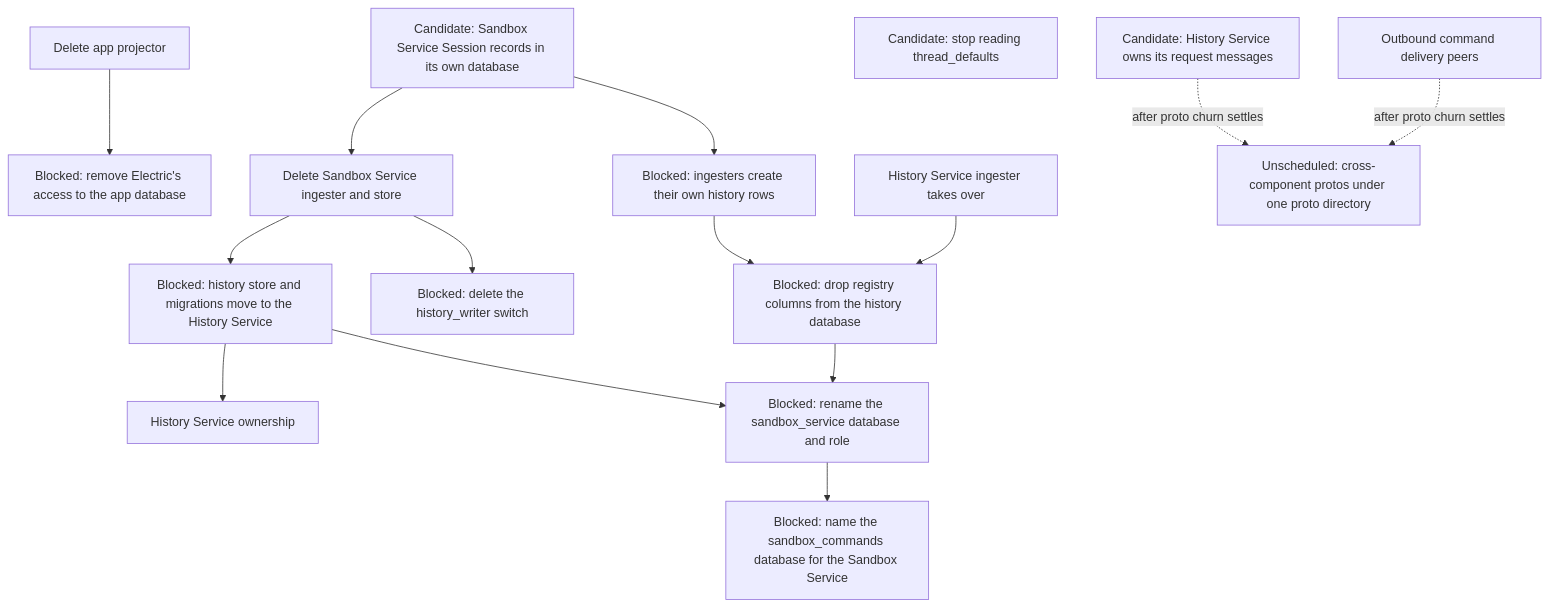
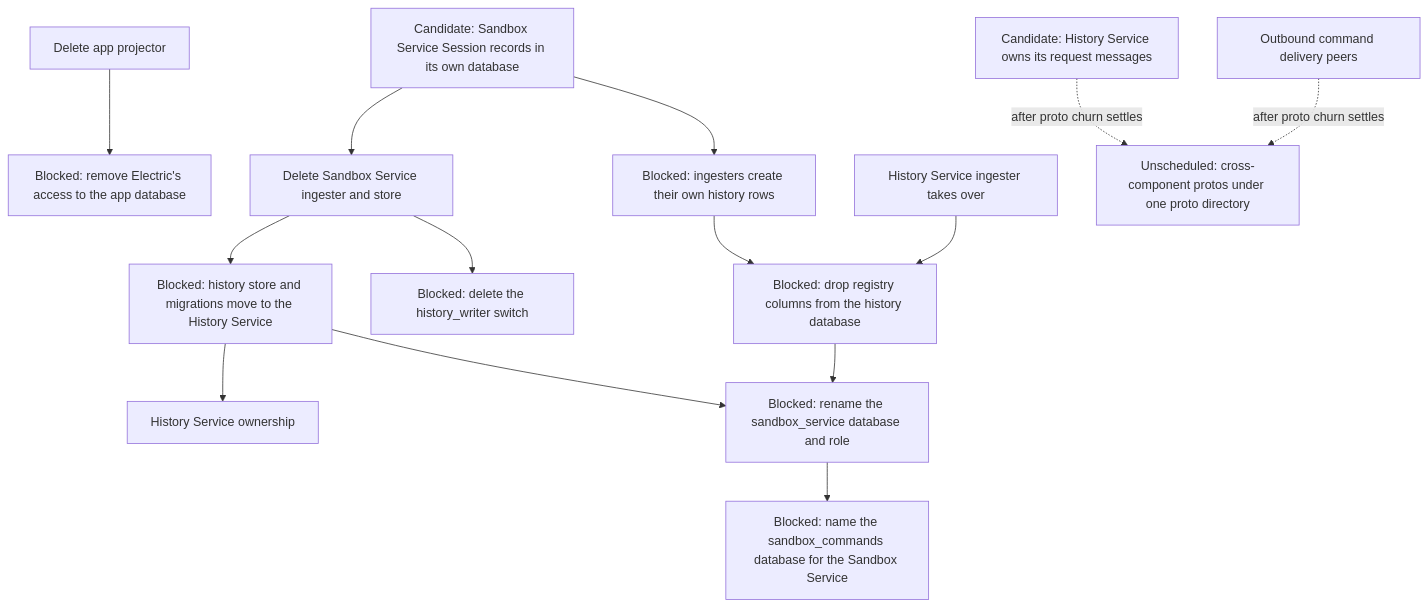
One commit to agentydragon-agent/ducktape changed the tenth of 11 diagrams in agentplane/plans/task_dag.md. Above: the diagram before and after it, drawn with Mermaid. The commit also changed other lines of this file and 7 other files, not shown here.

````diff
--- a/agentplane/plans/task_dag.md
+++ b/agentplane/plans/task_dag.md
@@ -902,32 +902,31 @@
 ```mermaid
 flowchart TD
     SESSION_REGISTRY_MOVE[Candidate: Sandbox Service Session records in its own database]
     SESSION_HISTORY_ROW_FROM_FEED[Blocked: ingesters create their own history rows]
     HISTORY_SESSION_COLUMNS_DROP[Blocked: drop registry columns from the history database]
     HISTORY_STORE_MOVE[Blocked: history store and migrations move to the History Service]
     HISTORY_WRITER_SWITCH_RETIRE[Blocked: delete the history_writer switch]
     HISTORY_DATABASE_RENAME[Blocked: rename the sandbox_service database and role]
     SANDBOX_DATABASE_RENAME[Blocked: name the sandbox_commands database for the Sandbox Service]
     HISTORY_PROTO_OWNERSHIP[Candidate: History Service owns its request messages]
     APP_ELECTRIC_RETIRE[Blocked: remove Electric's access to the app database]
-    SANDBOX_BINDING_ANNOTATION_RENAME[Candidate: stop reading thread_defaults]
     PROTO_DIRECTORY[Unscheduled: cross-component protos under one proto directory]
     RUNNER_OUTBOUND_CHANNEL[Outbound command delivery peers]
     HISTORY_WRITE_HANDOFF[History Service ingester takes over]
     SANDBOX_LOCAL_HISTORY_RETIRE[Delete Sandbox Service ingester and store]
     APP_PROJECTOR_RETIRE[Delete app projector]
     HISTORY_SERVICE_OWNERSHIP[History Service ownership]
     SESSION_REGISTRY_MOVE --> SANDBOX_LOCAL_HISTORY_RETIRE
     SESSION_REGISTRY_MOVE --> SESSION_HISTORY_ROW_FROM_FEED
     SESSION_HISTORY_ROW_FROM_FEED --> HISTORY_SESSION_COLUMNS_DROP
     HISTORY_WRITE_HANDOFF --> HISTORY_SESSION_COLUMNS_DROP
     SANDBOX_LOCAL_HISTORY_RETIRE --> HISTORY_STORE_MOVE
     SANDBOX_LOCAL_HISTORY_RETIRE --> HISTORY_WRITER_SWITCH_RETIRE
     HISTORY_STORE_MOVE --> HISTORY_SERVICE_OWNERSHIP
     HISTORY_STORE_MOVE --> HISTORY_DATABASE_RENAME
     HISTORY_SESSION_COLUMNS_DROP --> HISTORY_DATABASE_RENAME
     HISTORY_DATABASE_RENAME --> SANDBOX_DATABASE_RENAME
     APP_PROJECTOR_RETIRE --> APP_ELECTRIC_RETIRE
     HISTORY_PROTO_OWNERSHIP -. after proto churn settles .-> PROTO_DIRECTORY
     RUNNER_OUTBOUND_CHANNEL -. after proto churn settles .-> PROTO_DIRECTORY
 ```
````
